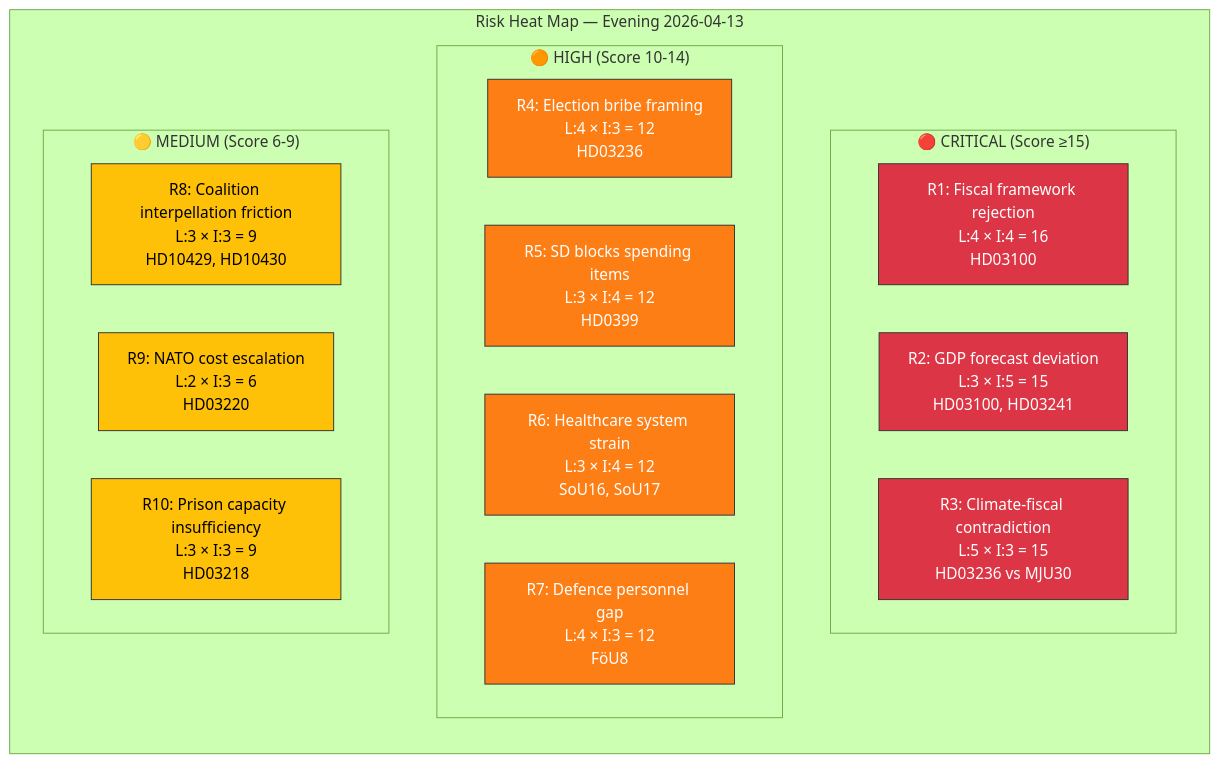
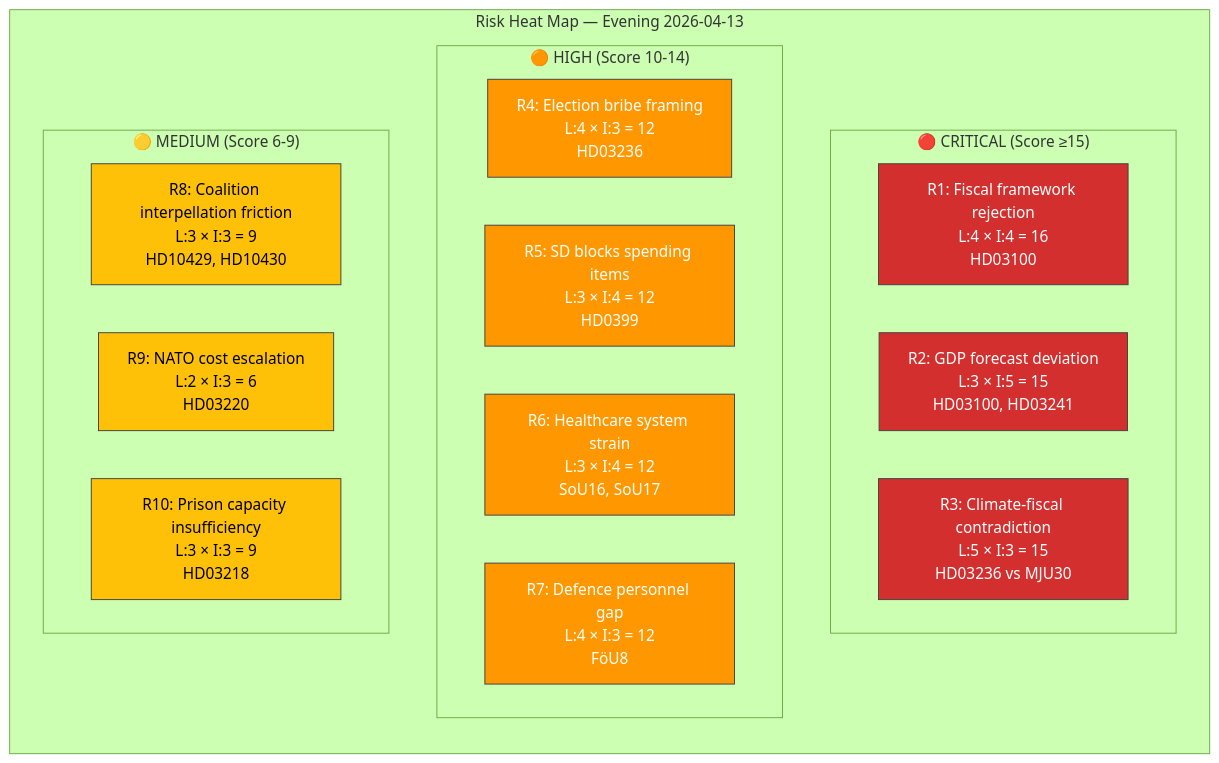
Before and after one commit to Hack23/riksdagsmonitor: the first of 2 diagrams in analysis/daily/2026-04-13/evening-analysis/risk-assessment.md, drawn with Mermaid (forest theme). The commit also changed other lines of this file and 785 other files, not shown here.

First line of the commit message:
Normalize mermaid colors across 786 analysis artifacts to ISMS Style Guide palette

````diff
--- a/analysis/daily/2026-04-13/evening-analysis/risk-assessment.md
+++ b/analysis/daily/2026-04-13/evening-analysis/risk-assessment.md
@@ -17,32 +17,32 @@
 ```mermaid
 graph TD
     subgraph "Risk Heat Map — Evening 2026-04-13"
         direction TB
         subgraph "🔴 CRITICAL (Score ≥15)"
             R1["R1: Fiscal framework rejection<br/>L:4 × I:4 = 16<br/>HD03100"]
             R2["R2: GDP forecast deviation<br/>L:3 × I:5 = 15<br/>HD03100, HD03241"]
             R3["R3: Climate-fiscal contradiction<br/>L:5 × I:3 = 15<br/>HD03236 vs MJU30"]
         end
         subgraph "🟠 HIGH (Score 10-14)"
             R4["R4: Election bribe framing<br/>L:4 × I:3 = 12<br/>HD03236"]
             R5["R5: SD blocks spending items<br/>L:3 × I:4 = 12<br/>HD0399"]
             R6["R6: Healthcare system strain<br/>L:3 × I:4 = 12<br/>SoU16, SoU17"]
             R7["R7: Defence personnel gap<br/>L:4 × I:3 = 12<br/>FöU8"]
         end
         subgraph "🟡 MEDIUM (Score 6-9)"
             R8["R8: Coalition interpellation friction<br/>L:3 × I:3 = 9<br/>HD10429, HD10430"]
             R9["R9: NATO cost escalation<br/>L:2 × I:3 = 6<br/>HD03220"]
             R10["R10: Prison capacity insufficiency<br/>L:3 × I:3 = 9<br/>HD03218"]
         end
     end
-    style R1 fill:#dc3545,stroke:#333,color:#fff
-    style R2 fill:#dc3545,stroke:#333,color:#fff
-    style R3 fill:#dc3545,stroke:#333,color:#fff
-    style R4 fill:#fd7e14,stroke:#333,color:#fff
-    style R5 fill:#fd7e14,stroke:#333,color:#fff
-    style R6 fill:#fd7e14,stroke:#333,color:#fff
-    style R7 fill:#fd7e14,stroke:#333,color:#fff
-    style R8 fill:#ffc107,stroke:#333,color:#000
-    style R9 fill:#ffc107,stroke:#333,color:#000
-    style R10 fill:#ffc107,stroke:#333,color:#000
+    style R1 fill:#D32F2F,stroke:#424242,color:#FFFFFF
+    style R2 fill:#D32F2F,stroke:#424242,color:#FFFFFF
+    style R3 fill:#D32F2F,stroke:#424242,color:#FFFFFF
+    style R4 fill:#FF9800,stroke:#424242,color:#FFFFFF
+    style R5 fill:#FF9800,stroke:#424242,color:#FFFFFF
+    style R6 fill:#FF9800,stroke:#424242,color:#FFFFFF
+    style R7 fill:#FF9800,stroke:#424242,color:#FFFFFF
+    style R8 fill:#FFC107,stroke:#424242,color:#000000
+    style R9 fill:#FFC107,stroke:#424242,color:#000000
+    style R10 fill:#FFC107,stroke:#424242,color:#000000
 ```
````
